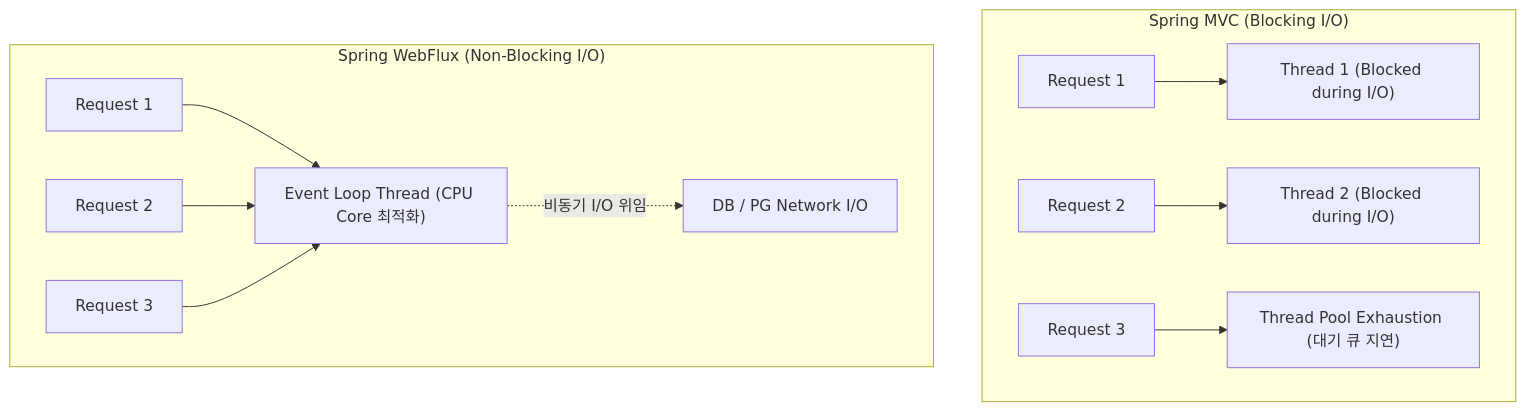
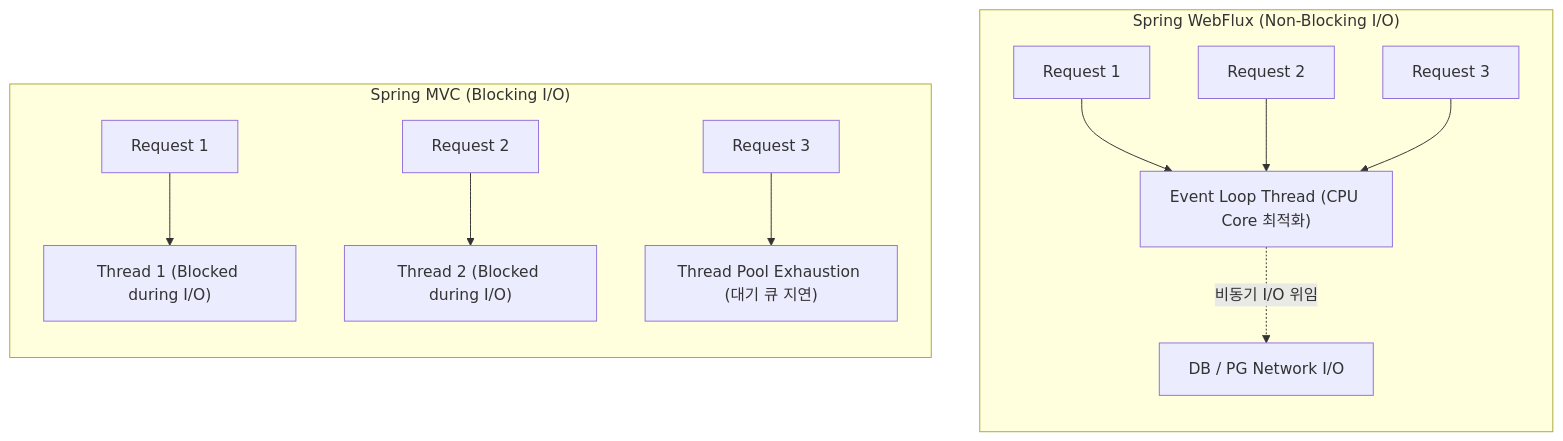
The diagram in backend/[20260813]_[Spring WebFlux 입문]_[WebFlux]_[spring.png]_[WebFlux와 R2DBC]_[].md (yeondububub/blog), drawn with Mermaid before and after one commit. The commit also changed 7 other files, not shown here.

Commit message:
mermaid배경을 흰색으로 고정

````diff
--- a/backend/[20260813]_[Spring WebFlux 입문]_[WebFlux]_[spring.png]_[WebFlux와 R2DBC]_[].md
+++ b/backend/[20260813]_[Spring WebFlux 입문]_[WebFlux]_[spring.png]_[WebFlux와 R2DBC]_[].md
@@ -15,15 +15,19 @@
 ```mermaid
-flowchart TD
+flowchart LR
     subgraph Spring_MVC ["Spring MVC (Blocking I/O)"]
+        direction TB
         Req1["Request 1"] --> T1["Thread 1 (Blocked during I/O)"]
         Req2["Request 2"] --> T2["Thread 2 (Blocked during I/O)"]
         Req3["Request 3"] --> T3["Thread Pool Exhaustion (대기 큐 지연)"]
     end
 
     subgraph Spring_WebFlux ["Spring WebFlux (Non-Blocking I/O)"]
+        direction TB
         W_Req1["Request 1"] --> EL["Event Loop Thread (CPU Core 최적화)"]
         W_Req2["Request 2"] --> EL
         W_Req3["Request 3"] --> EL
         EL -. 비동기 I/O 위임 .-> IO["DB / PG Network I/O"]
     end
+
+    Spring_MVC ~~~ Spring_WebFlux
 ```
````
